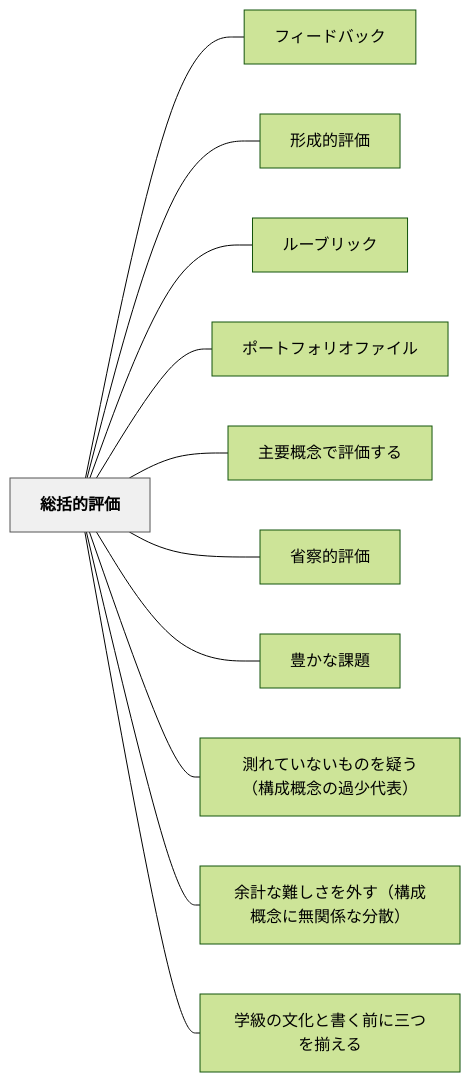
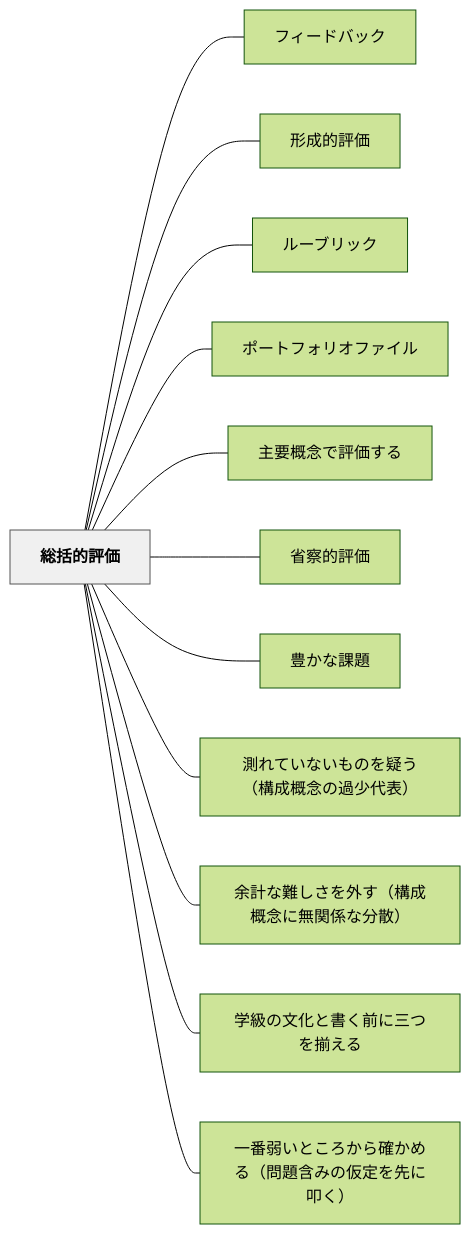
One commit to unknownthings-ed-patterns/unknownthings-ed-patterns changed the diagram in content/パタン/総括的評価.md. Above: the diagram before and after it, drawn with Mermaid (forest theme). The commit also changed other lines of this file and 6 other files, not shown here.

````diff
--- a/content/パタン/総括的評価.md
+++ b/content/パタン/総括的評価.md
@@ -62,28 +63,30 @@
 ```mermaid
 flowchart LR
     ne7b78fe68bace79a84e8a995e4bea1["総括的評価"]
     ne38395e382a3e383bce38389e38390e38383e382af["フィードバック"]
     ne5bda2e68890e79a84e8a995e4bea1["形成的評価"]
     ne383abe383bce38396e383aae38383e382af["ルーブリック"]
     ne3839de383bce38388e38395e382a9e383aae382aae38395e382a1e382a4e383ab["ポートフォリオファイル"]
     ne4b8bbe8a681e6a682e5bfb5e381a7e8a995e4bea1e38199e3828b["主要概念で評価する"]
     ne79c81e5af9fe79a84e8a995e4bea1["省察的評価"]
     ne8b18ae3818be381aae8aab2e9a18c["豊かな課題"]
     ne6b8ace3828ce381a6e38184e381aae38184e38282e381aee38292e79691e38186efbc88e6a78be68890e6a682e5bfb5e381aee9818ee5b091e4bba3e8a1a8efbc89["測れていないものを疑う（構成概念の過少代表）"]
     ne4bd99e8a888e381aae99ba3e38197e38195e38292e5a496e38199efbc88e6a78be68890e6a682e5bfb5e381abe784a1e996a2e4bf82e381aae58886e695a3efbc89["余計な難しさを外す（構成概念に無関係な分散）"]
     ne5ada6e7b49ae381aee69687e58c96e381a8e69bb8e3818fe5898de381abe4b889e381a4e38292e68f83e38188e3828b["学級の文化と書く前に三つを揃える"]
+    ne4b880e795aae5bcb1e38184e381a8e38193e3828de3818be38289e7a2bae3818be38281e3828befbc88e5958fe9a18ce590abe381bfe381aee4bbaee5ae9ae38292e58588e381abe58fa9e3818fefbc89["一番弱いところから確かめる（問題含みの仮定を先に叩く）"]
 
     ne7b78fe68bace79a84e8a995e4bea1 --- ne38395e382a3e383bce38389e38390e38383e382af
     ne7b78fe68bace79a84e8a995e4bea1 --- ne5bda2e68890e79a84e8a995e4bea1
     ne7b78fe68bace79a84e8a995e4bea1 --- ne383abe383bce38396e383aae38383e382af
     ne7b78fe68bace79a84e8a995e4bea1 --- ne3839de383bce38388e38395e382a9e383aae382aae38395e382a1e382a4e383ab
     ne7b78fe68bace79a84e8a995e4bea1 --- ne4b8bbe8a681e6a682e5bfb5e381a7e8a995e4bea1e38199e3828b
     ne7b78fe68bace79a84e8a995e4bea1 --- ne79c81e5af9fe79a84e8a995e4bea1
     ne7b78fe68bace79a84e8a995e4bea1 --- ne8b18ae3818be381aae8aab2e9a18c
     ne7b78fe68bace79a84e8a995e4bea1 --- ne6b8ace3828ce381a6e38184e381aae38184e38282e381aee38292e79691e38186efbc88e6a78be68890e6a682e5bfb5e381aee9818ee5b091e4bba3e8a1a8efbc89
     ne7b78fe68bace79a84e8a995e4bea1 --- ne4bd99e8a888e381aae99ba3e38197e38195e38292e5a496e38199efbc88e6a78be68890e6a682e5bfb5e381abe784a1e996a2e4bf82e381aae58886e695a3efbc89
     ne7b78fe68bace79a84e8a995e4bea1 --- ne5ada6e7b49ae381aee69687e58c96e381a8e69bb8e3818fe5898de381abe4b889e381a4e38292e68f83e38188e3828b
+    ne7b78fe68bace79a84e8a995e4bea1 --- ne4b880e795aae5bcb1e38184e381a8e38193e3828de3818be38289e7a2bae3818be38281e3828befbc88e5958fe9a18ce590abe381bfe381aee4bbaee5ae9ae38292e58588e381abe58fa9e3818fefbc89
 
     classDef hub fill:#f0f0f0,stroke:#555,color:#000,font-weight:bold
     class ne7b78fe68bace79a84e8a995e4bea1 hub
 ```
````
